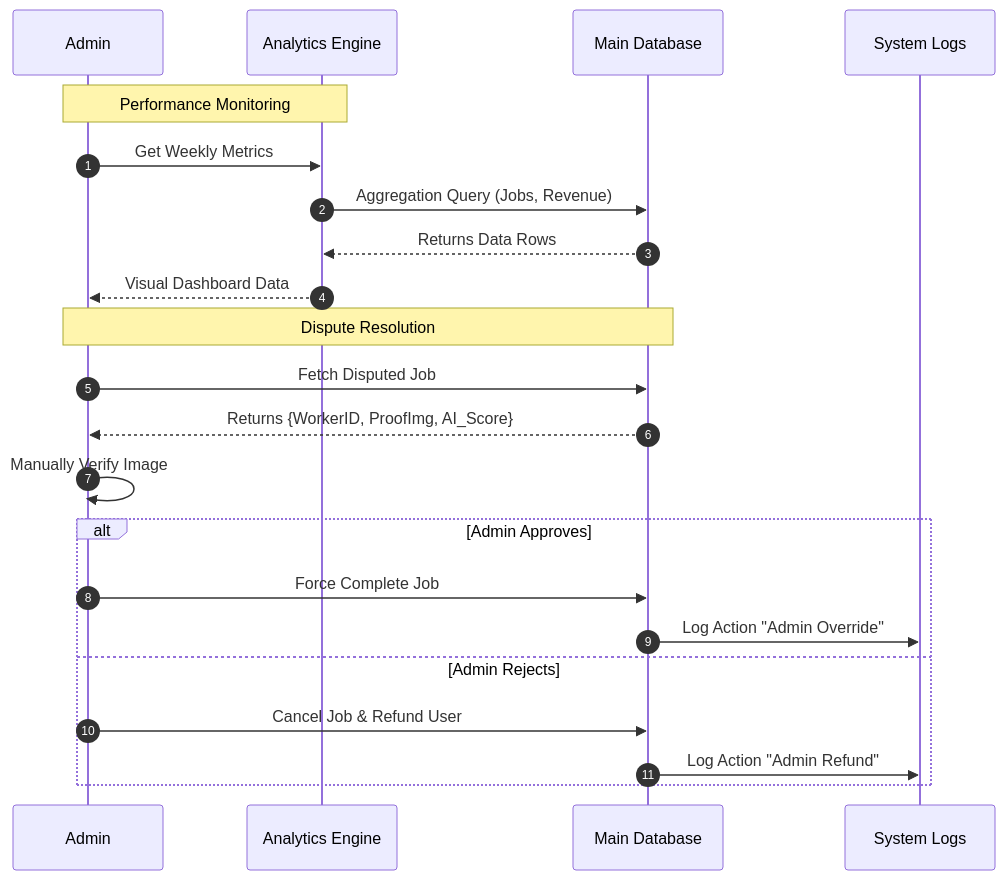
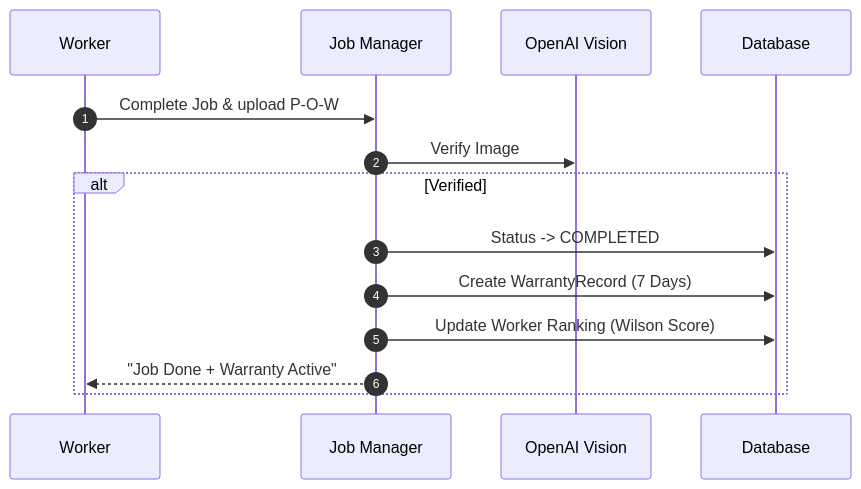
The fourth of 4 diagrams in docs_detailed_flows/detailed/DATA_FLOW_DIAGRAMS.md (Somilg11/oddigo-v2), drawn with Mermaid before and after one commit. The commit also changed other lines of this file and 4 other files, not shown here.

````diff
--- a/docs_detailed_flows/detailed/DATA_FLOW_DIAGRAMS.md
+++ b/docs_detailed_flows/detailed/DATA_FLOW_DIAGRAMS.md
@@ -113,28 +85,18 @@
 ```mermaid
 sequenceDiagram
     autonumber
-    participant Admin
-    participant Analytics as Analytics Engine
-    participant DB as Main Database
-    participant Logs as System Logs
+    participant Worker
+    participant JobMgr as Job Manager
+    participant AI as OpenAI Vision
+    participant DB as Database
 
-    Note over Admin, Analytics: Performance Monitoring
-    Admin->>Analytics: Get Weekly Metrics
-    Analytics->>DB: Aggregation Query (Jobs, Revenue)
-    DB-->>Analytics: Returns Data Rows
-    Analytics-->>Admin: Visual Dashboard Data
-
-    Note over Admin, DB: Dispute Resolution
-    Admin->>DB: Fetch Disputed Job #123
-    DB-->>Admin: Returns {WorkerID, ProofImg, AI_Score}
+    Worker->>JobMgr: Complete Job & upload P-O-W
+    JobMgr->>AI: Verify Image
     
-    Admin->>Admin: Manually Verify Image
-    
-    alt Admin Approves
-        Admin->>DB: Force Complete Job
-        DB->>Logs: Log Action "Admin Override"
-    else Admin Rejects
-        Admin->>DB: Cancel Job & Refund User
-        DB->>Logs: Log Action "Admin Refund"
+    alt Verified
+        JobMgr->>DB: Status -> COMPLETED
+        JobMgr->>DB: Create WarrantyRecord (7 Days)
+        JobMgr->>DB: Update Worker Ranking (Wilson Score)
+        JobMgr-->>Worker: "Job Done + Warranty Active"
     end
 ```
````
